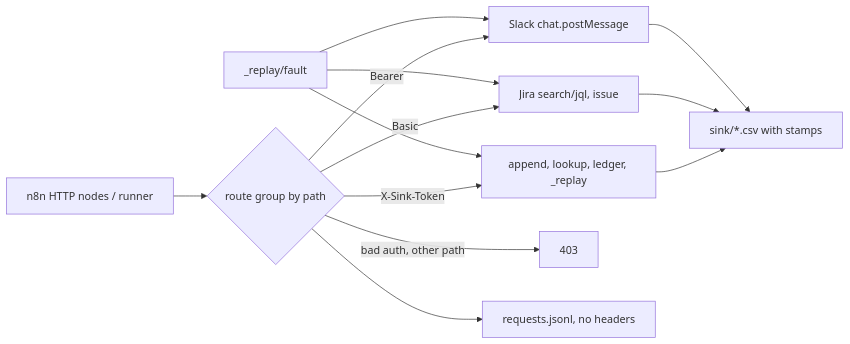
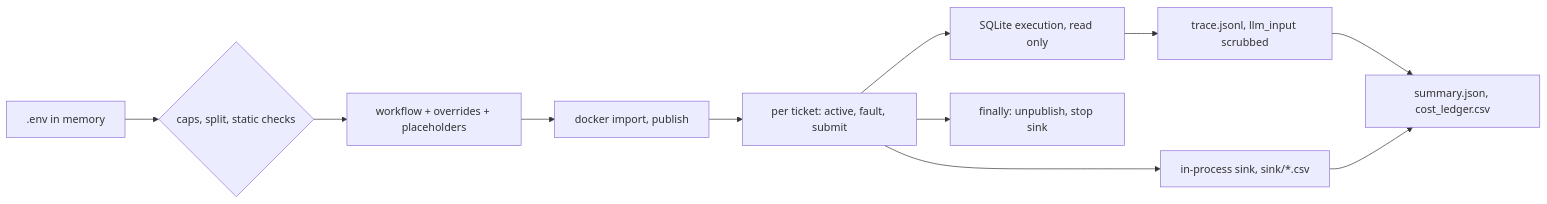
One commit to beyondalgorithms2026-source/support-triage-n8n changed the diagram in .ai/REVIEW.md. Above: the diagram before and after it, drawn with Mermaid. The commit also changed other lines of this file and 6 other files, not shown here.

First line of the commit message:
T4-06: Replay runner

````diff
--- a/.ai/REVIEW.md
+++ b/.ai/REVIEW.md
@@ -10,15 +10,13 @@
 ```mermaid
 flowchart LR
-  N["n8n HTTP nodes / runner"] --> A{"route group by path"}
-  A -->|"X-Sink-Token"| S["append, lookup, ledger, _replay"]
-  A -->|"Basic"| J["Jira search/jql, issue"]
-  A -->|"Bearer"| K["Slack chat.postMessage"]
-  A -->|"bad auth, other path"| D["403"]
-  F["_replay/fault"] --> J
-  F --> K
-  F --> S
-  S --> C["sink/*.csv with stamps"]
-  J --> C
-  K --> C
-  A --> L["requests.jsonl, no headers"]
+  E[".env in memory"] --> C{"caps, split, static checks"}
+  C --> W["workflow + overrides + placeholders"]
+  W --> P["docker import, publish"]
+  P --> T["per ticket: active, fault, submit"]
+  T --> X["SQLite execution, read only"]
+  X --> R["trace.jsonl, llm_input scrubbed"]
+  T --> S["in-process sink, sink/*.csv"]
+  R --> M["summary.json, cost_ledger.csv"]
+  S --> M
+  T --> U["finally: unpublish, stop sink"]
 ```
````
